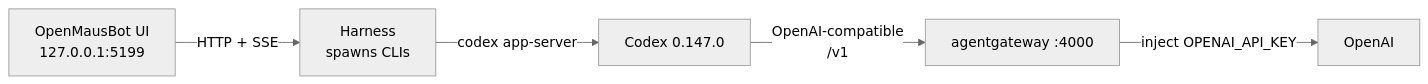
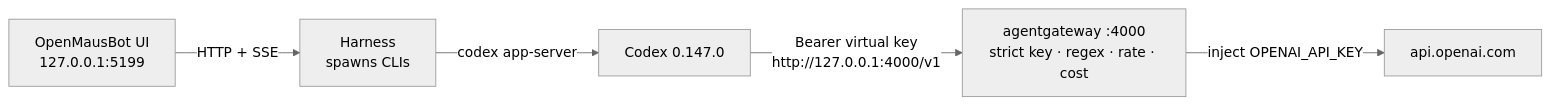
The diagram in content/articles/2026-08-15-openmausbot-standalone-agentgateway.md (ProfessorSeb/maniak-io), drawn with Mermaid (neutral theme) before and after one commit. The commit also changed other lines of this file, not shown here.

First line of the commit message:
Rewrite OpenMausBot article in How To lab voice

````diff
--- a/content/articles/2026-08-15-openmausbot-standalone-agentgateway.md
+++ b/content/articles/2026-08-15-openmausbot-standalone-agentgateway.md
@@ -30,7 +24,7 @@
 ```mermaid
 flowchart LR
   UI[OpenMausBot UI<br/>127.0.0.1:5199] -->|HTTP + SSE| H[Harness<br/>spawns CLIs]
   H -->|codex app-server| CX[Codex 0.147.0]
-  CX -->|OpenAI-compatible<br/>/v1| GW[agentgateway :4000]
-  GW -->|inject OPENAI_API_KEY| OA[OpenAI]
+  CX -->|Bearer virtual key<br/>http://127.0.0.1:4000/v1| GW[agentgateway :4000<br/>strict key · regex · rate · cost]
+  GW -->|inject OPENAI_API_KEY| OA[api.openai.com]
 ```
````
